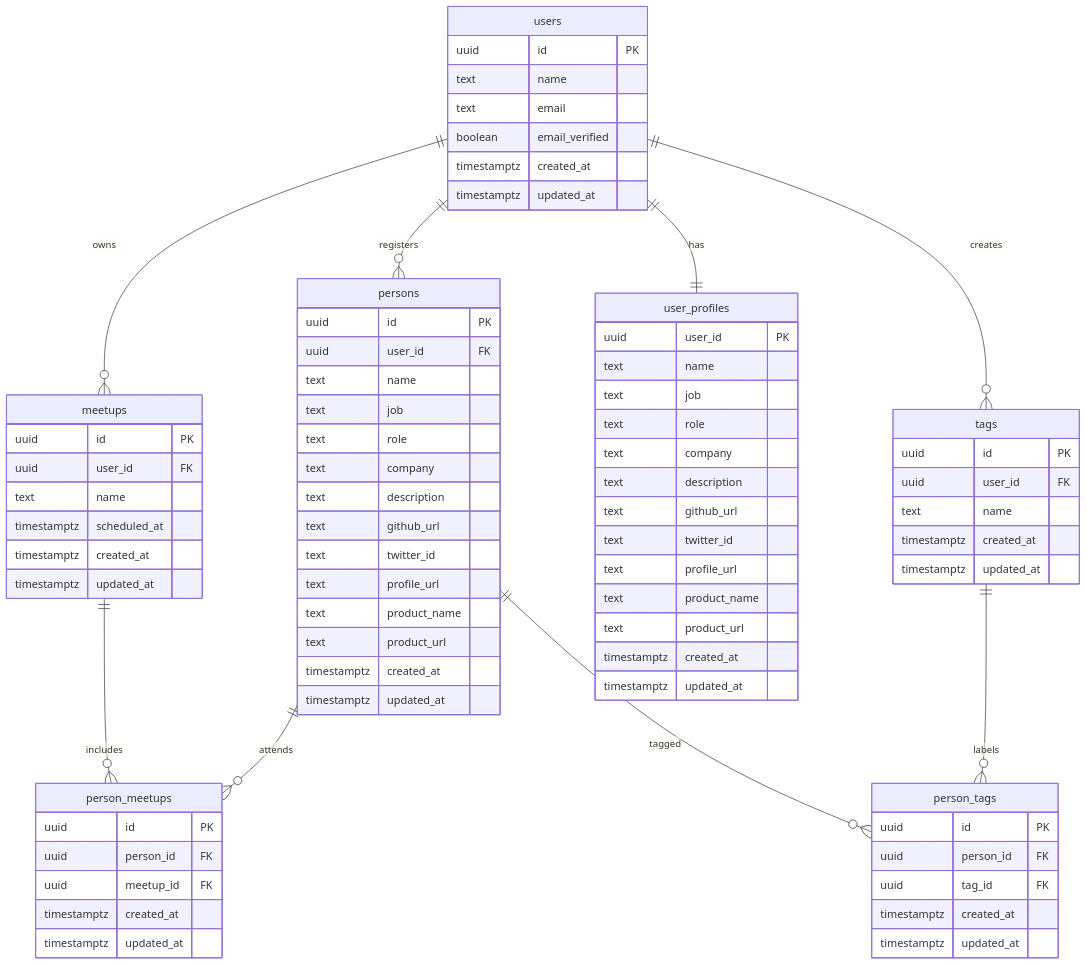
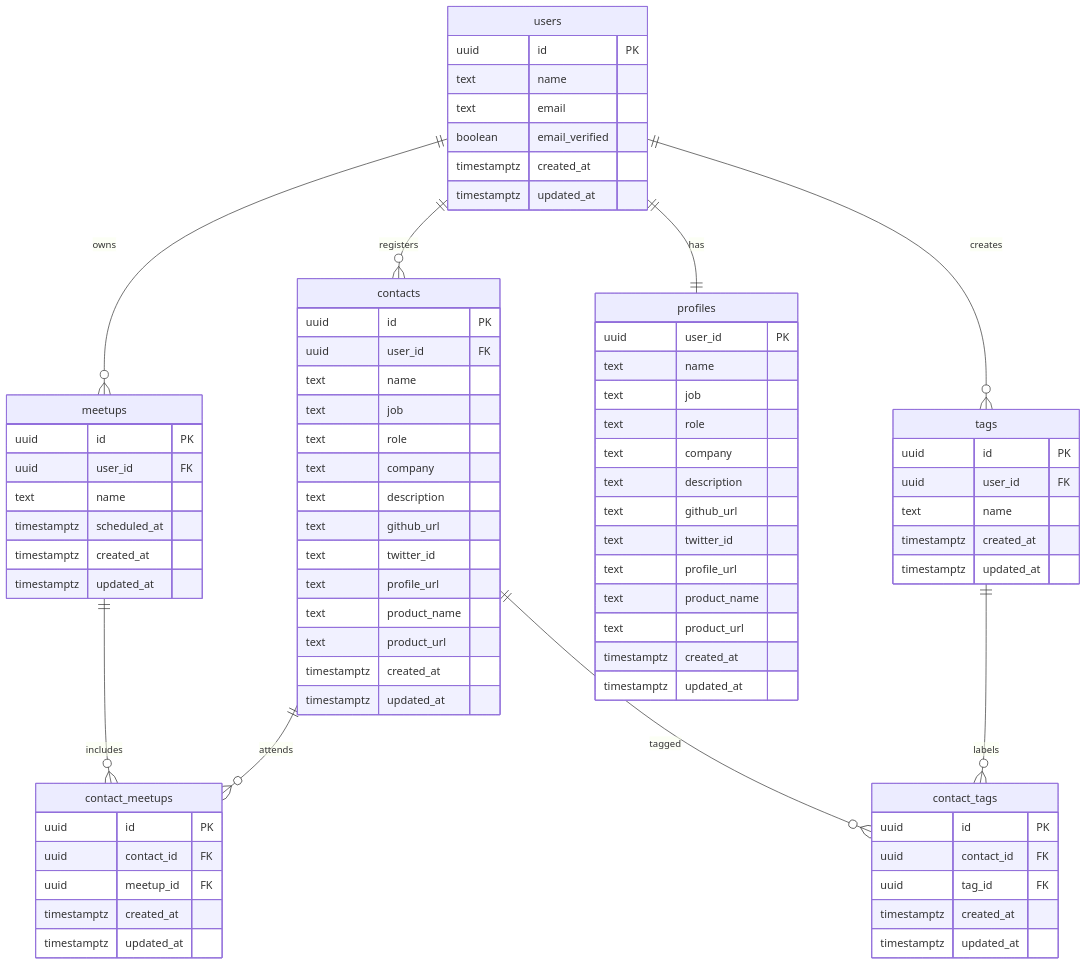
The diagram in docs/設計/db設計.md (gs223gs/remeet-web), drawn with Mermaid before and after one commit. The commit also changed other lines of this file, not shown here.

Commit message:
docs: table 名を変更

````diff
--- a/docs/設計/db設計.md
+++ b/docs/設計/db設計.md
@@ -92,13 +92,13 @@
 ```mermaid
 erDiagram
-    users ||--o{ persons : registers
+    users ||--o{ contacts : registers
     users ||--o{ tags : creates
-    users ||--|| user_profiles : has
+    users ||--|| profiles : has
     users ||--o{ meetups : owns
-    meetups ||--o{ person_meetups : includes
-    persons ||--o{ person_meetups : attends
-    persons ||--o{ person_tags : tagged
-    tags ||--o{ person_tags : labels
+    meetups ||--o{ contact_meetups : includes
+    contacts ||--o{ contact_meetups : attends
+    contacts ||--o{ contact_tags : tagged
+    tags ||--o{ contact_tags : labels
 
     users {
         uuid id PK
@@ -118,7 +118,7 @@
         timestamptz updated_at
     }
 
-    persons {
+    contacts {
         uuid id PK
         uuid user_id FK
         text name
@@ -135,9 +135,9 @@
         timestamptz updated_at
     }
 
-    person_meetups {
+    contact_meetups {
         uuid id PK
-        uuid person_id FK
+        uuid contact_id FK
         uuid meetup_id FK
         timestamptz created_at
         timestamptz updated_at
@@ -151,15 +151,15 @@
         timestamptz updated_at
     }
 
-    person_tags {
+    contact_tags {
         uuid id PK
-        uuid person_id FK
+        uuid contact_id FK
         uuid tag_id FK
         timestamptz created_at
         timestamptz updated_at
     }
 
-    user_profiles {
+    profiles {
         uuid user_id PK
         text name
         text job
````
